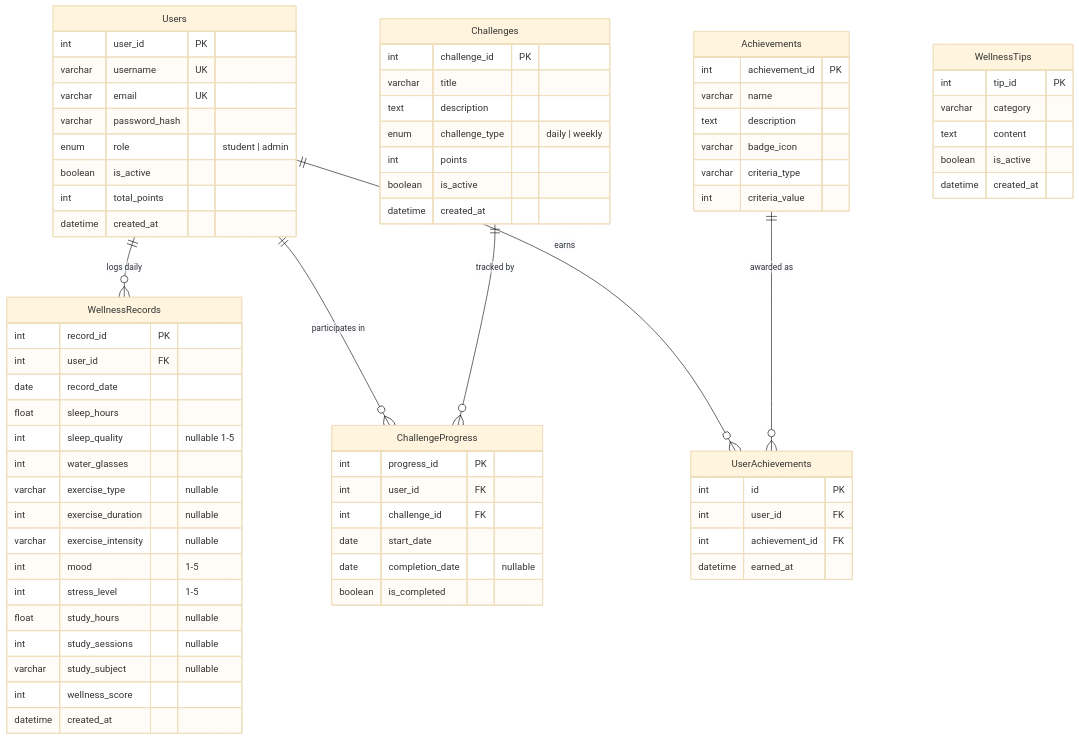
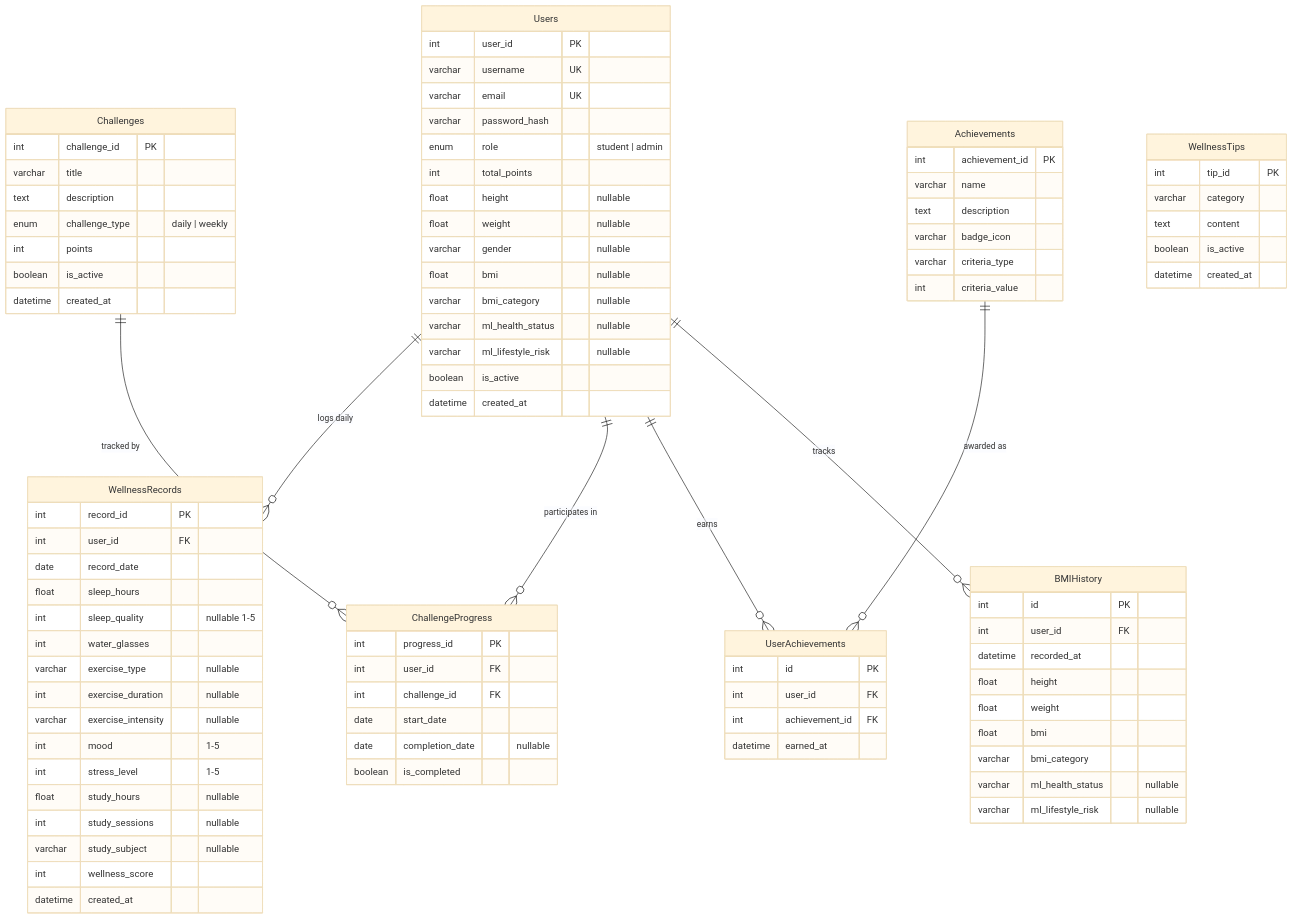
Before and after one commit to goxxie08/Wellvia: diagram 12 of 21 in ARCHITECTURE.md, drawn with Mermaid (base theme). The commit also changed other lines of this file and 2 other files, not shown here.

```diff
--- a/ARCHITECTURE.md
+++ b/ARCHITECTURE.md
@@ -723,6 +741,7 @@
     Users ||--o{ WellnessRecords : "logs daily"
     Users ||--o{ ChallengeProgress : "participates in"
     Users ||--o{ UserAchievements : "earns"
+    Users ||--o{ BMIHistory : "tracks"
     Challenges ||--o{ ChallengeProgress : "tracked by"
     Achievements ||--o{ UserAchievements : "awarded as"
 
@@ -732,9 +751,28 @@
         varchar email UK
         varchar password_hash
         enum role "student | admin"
+        int total_points
+        float height "nullable"
+        float weight "nullable"
+        varchar gender "nullable"
+        float bmi "nullable"
+        varchar bmi_category "nullable"
+        varchar ml_health_status "nullable"
+        varchar ml_lifestyle_risk "nullable"
         boolean is_active
-        int total_points
         datetime created_at
+    }
+
+    BMIHistory {
+        int id PK
+        int user_id FK
+        datetime recorded_at
+        float height
+        float weight
+        float bmi
+        varchar bmi_category
+        varchar ml_health_status "nullable"
+        varchar ml_lifestyle_risk "nullable"
     }
 
     WellnessRecords {
```
